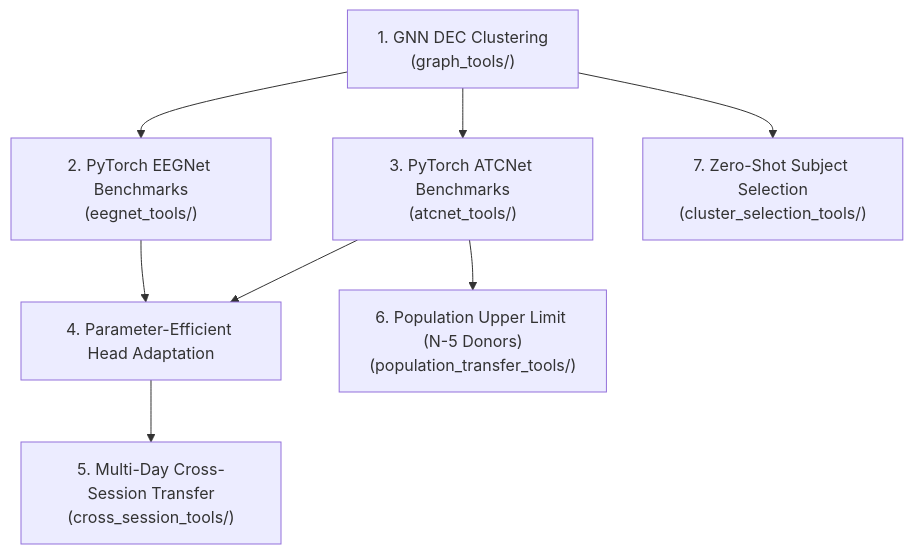
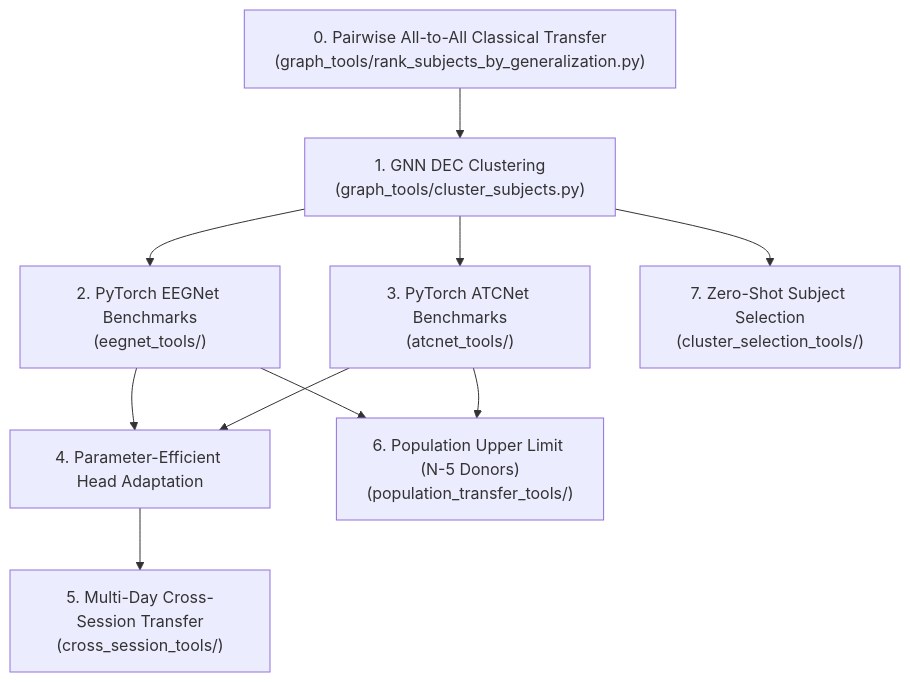
Before and after one commit to stanislaw-zakrzewski/csp_classifier: the first of 9 diagrams in EXPERIMENTS_REPORT.md, drawn with Mermaid. The commit also changed other lines of this file and 1 other file, not shown here.

````diff
--- a/EXPERIMENTS_REPORT.md
+++ b/EXPERIMENTS_REPORT.md
@@ -9,10 +9,12 @@
 ```mermaid
 graph TD
-    Exp1["1. GNN DEC Clustering<br/>(graph_tools/)"] --> Exp2["2. PyTorch EEGNet Benchmarks<br/>(eegnet_tools/)"]
+    Exp0["0. Pairwise All-to-All Classical Transfer<br/>(graph_tools/rank_subjects_by_generalization.py)"] --> Exp1["1. GNN DEC Clustering<br/>(graph_tools/cluster_subjects.py)"]
+    Exp1 --> Exp2["2. PyTorch EEGNet Benchmarks<br/>(eegnet_tools/)"]
     Exp1 --> Exp3["3. PyTorch ATCNet Benchmarks<br/>(atcnet_tools/)"]
     Exp2 --> Exp4["4. Parameter-Efficient Head Adaptation"]
     Exp3 --> Exp4
     Exp4 --> Exp5["5. Multi-Day Cross-Session Transfer<br/>(cross_session_tools/)"]
-    Exp3 --> Exp6["6. Population Upper Limit (N-5 Donors)<br/>(population_transfer_tools/)"]
+    Exp2 --> Exp6["6. Population Upper Limit (N-5 Donors)<br/>(population_transfer_tools/)"]
+    Exp3 --> Exp6
     Exp1 --> Exp7["7. Zero-Shot Subject Selection<br/>(cluster_selection_tools/)"]
 ```
````
